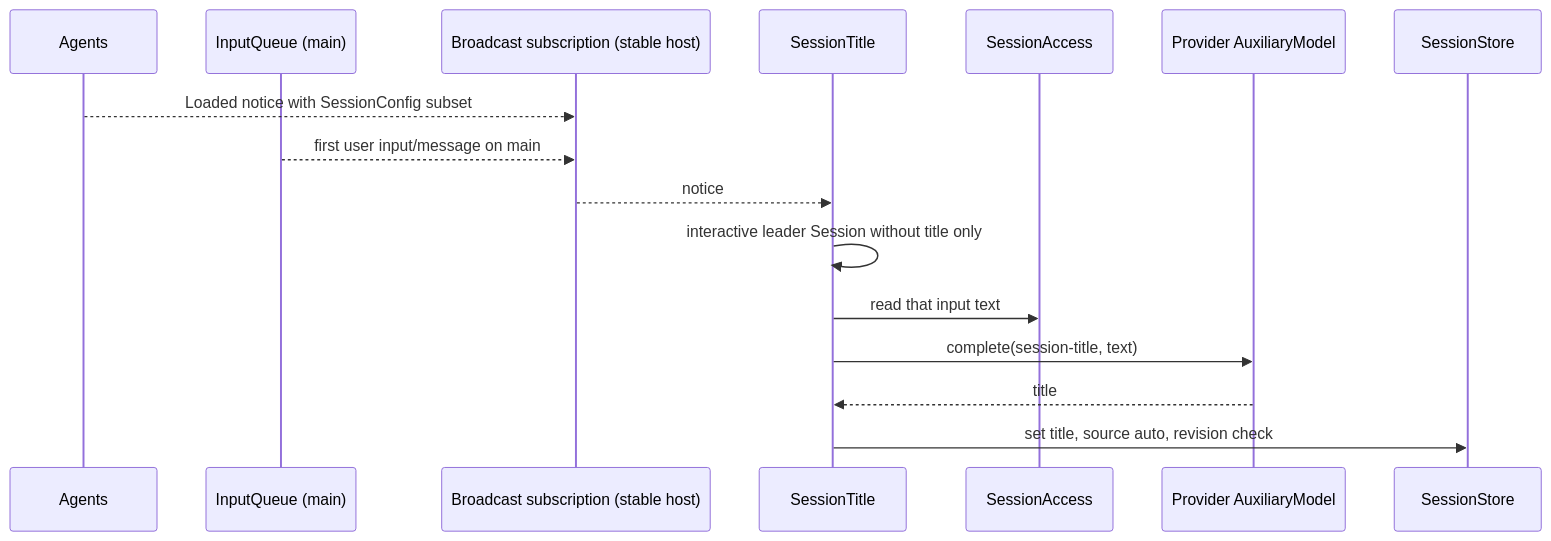
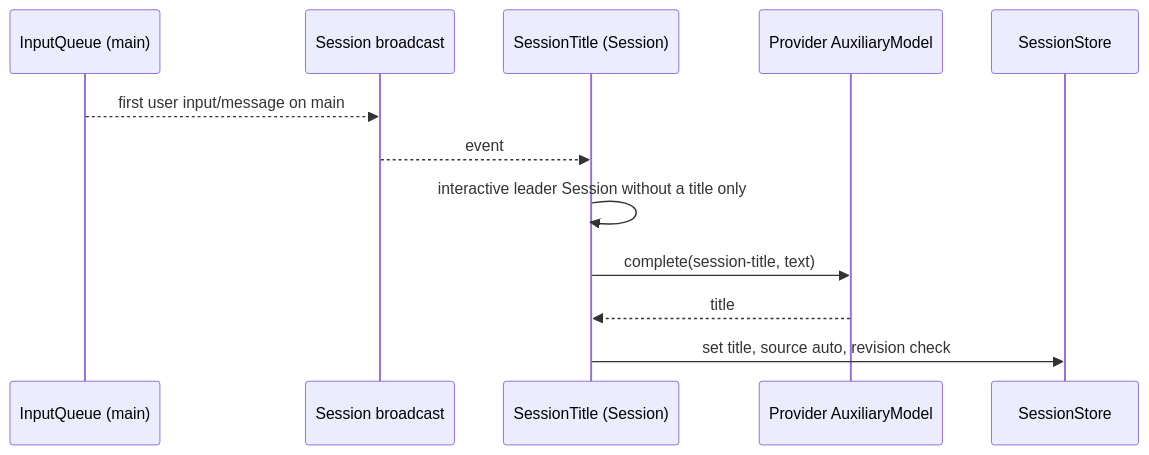
The fifth of 8 diagrams in docs/design/overview.md (CoutinhoTTS/dim-agent), drawn with Mermaid before and after one commit. The commit also changed other lines of this file and 16 other files, not shown here.

````diff
--- a/docs/design/overview.md
+++ b/docs/design/overview.md
@@ -247,18 +210,14 @@
 ```mermaid
 sequenceDiagram
-  participant AG as Agents
   participant IQ as InputQueue (main)
-  participant SE as Broadcast subscription (stable host)
-  participant ST as SessionTitle
-  participant SA as SessionAccess
+  participant BC as Session broadcast
+  participant ST as SessionTitle (Session)
   participant PR as Provider AuxiliaryModel
   participant SS as SessionStore
-  AG-->>SE: Loaded notice with SessionConfig subset
-  IQ-->>SE: first user input/message on main
-  SE-->>ST: notice
-  ST->>ST: interactive leader Session without title only
-  ST->>SA: read that input text
+  IQ-->>BC: first user input/message on main
+  BC-->>ST: event
+  ST->>ST: interactive leader Session without a title only
   ST->>PR: complete(session-title, text)
   PR-->>ST: title
   ST->>SS: set title, source auto, revision check
 ```
````
